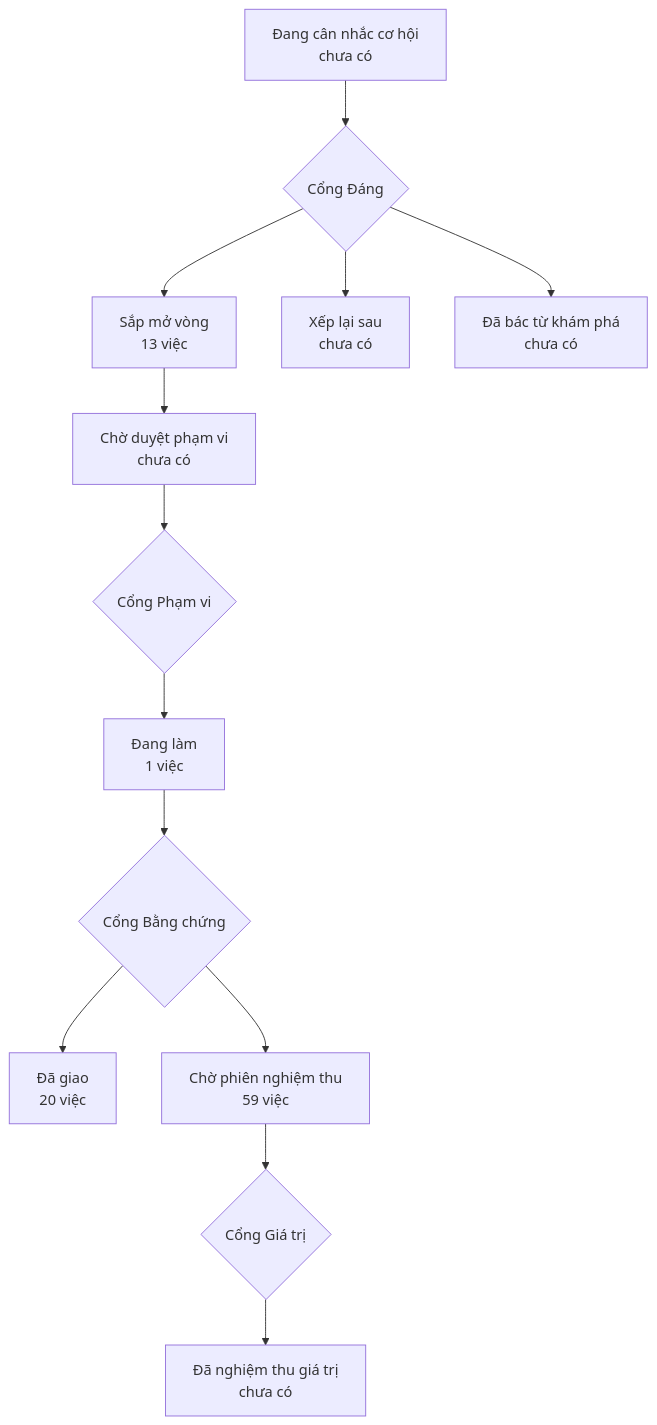
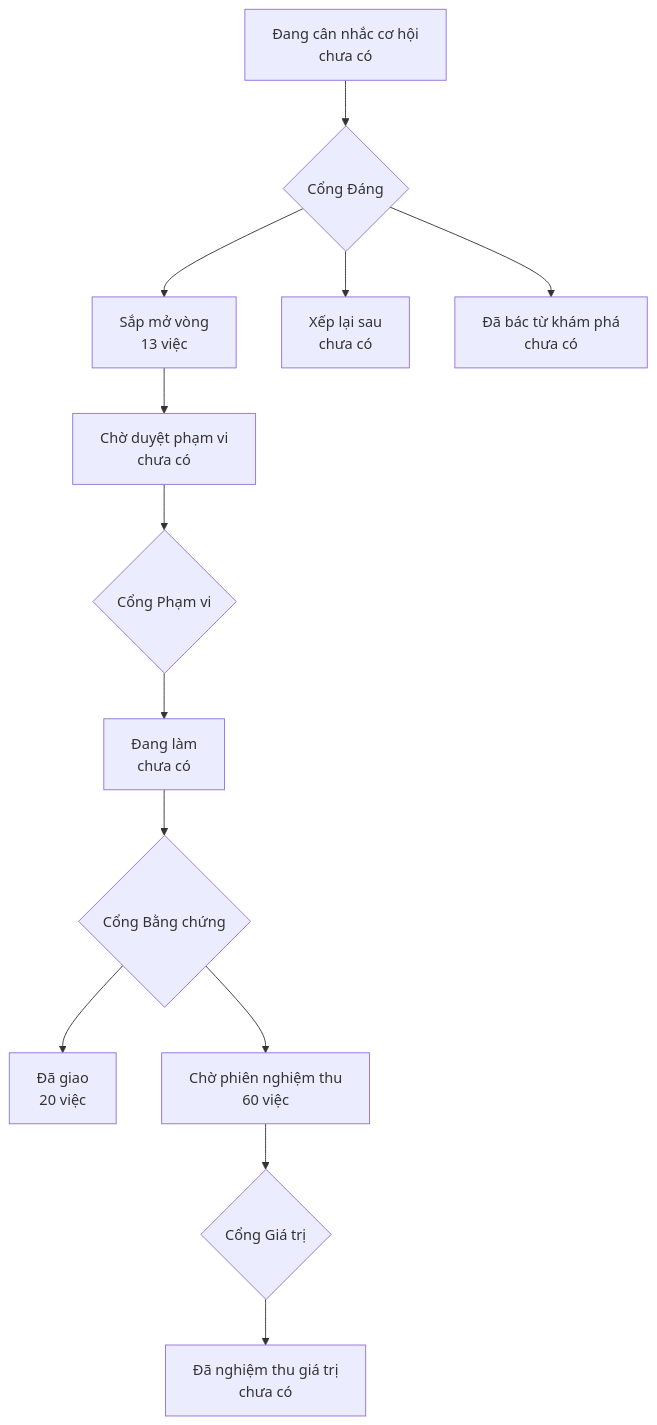
One commit to phanlemanh/onehub-quy-hang changed the diagram in PRODUCT-MAP.md. Above: the diagram before and after it, drawn with Mermaid. The commit also changed other lines of this file and 4 other files, not shown here.

````diff
--- a/PRODUCT-MAP.md
+++ b/PRODUCT-MAP.md
@@ -7,12 +7,12 @@
 ```mermaid
 flowchart TD
   A["Đang cân nhắc cơ hội<br/>chưa có"] --> GD{"Cổng Đáng"}
   GD --> B["Sắp mở vòng<br/>13 việc"]
   GD --> XL["Xếp lại sau<br/>chưa có"]
   GD --> DB["Đã bác từ khám phá<br/>chưa có"]
   B --> CD["Chờ duyệt phạm vi<br/>chưa có"] --> GP{"Cổng Phạm vi"}
-  GP --> DL["Đang làm<br/>1 việc"] --> GB{"Cổng Bằng chứng"}
+  GP --> DL["Đang làm<br/>chưa có"] --> GB{"Cổng Bằng chứng"}
   GB --> DG["Đã giao<br/>20 việc"]
-  GB --> CN["Chờ phiên nghiệm thu<br/>59 việc"] --> GG{"Cổng Giá trị"}
+  GB --> CN["Chờ phiên nghiệm thu<br/>60 việc"] --> GG{"Cổng Giá trị"}
   GG --> NT["Đã nghiệm thu giá trị<br/>chưa có"]
 ```
````
